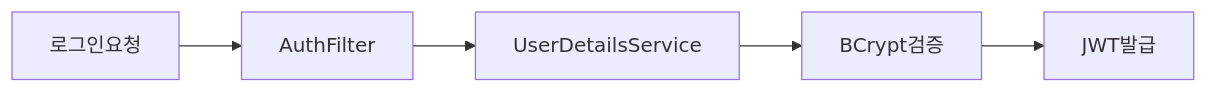
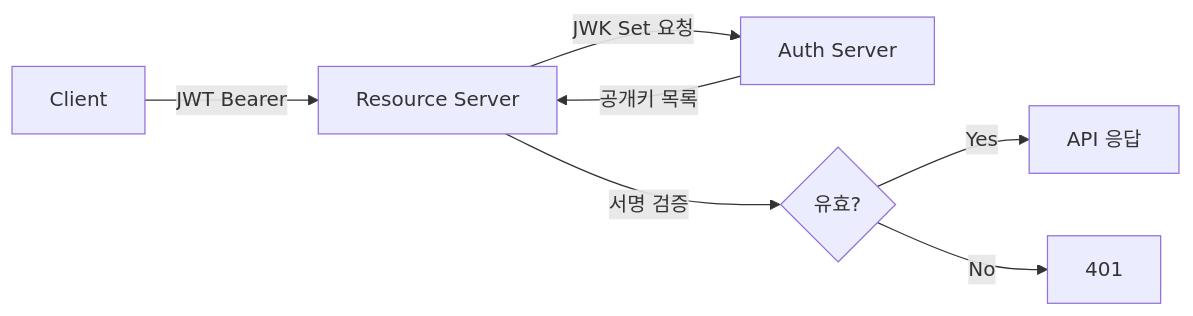
The third of 6 diagrams in _posts/spring/2026-05-02-spring-security-deep.md (yjkim2015/yjkim2015.github.io), drawn with Mermaid before and after one commit. The commit also changed other lines of this file and 4 other files, not shown here.

````diff
--- a/_posts/spring/2026-05-02-spring-security-deep.md
+++ b/_posts/spring/2026-05-02-spring-security-deep.md
@@ -123,7 +269,9 @@
 ```mermaid
 graph LR
-    A[로그인요청] --> B[AuthFilter]
-    B --> C[UserDetailsService]
-    C --> D[BCrypt검증]
-    D --> E[JWT발급]
+    A[Client] -->|JWT Bearer| B[Resource Server]
+    B -->|JWK Set 요청| C[Auth Server]
+    C -->|공개키 목록| B
+    B -->|서명 검증| D{유효?}
+    D -->|Yes| E[API 응답]
+    D -->|No| F[401]
 ```
````
